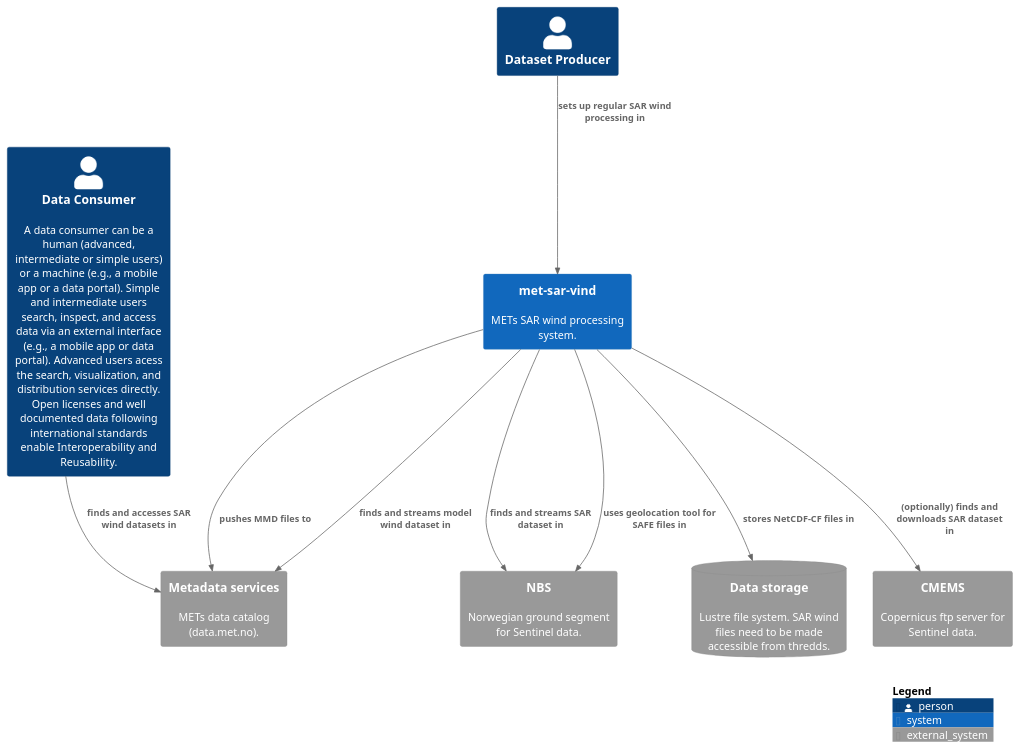
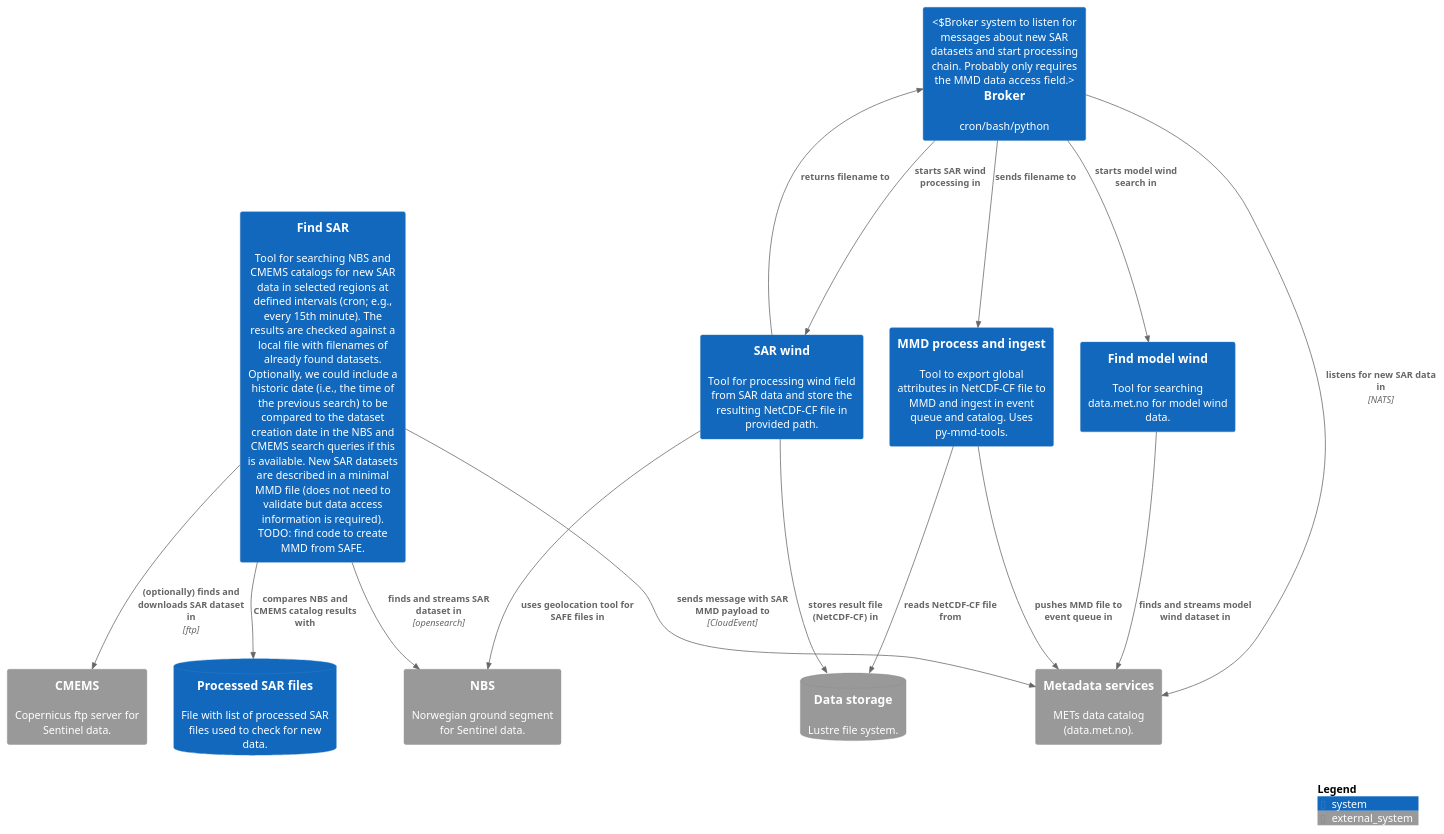
Before and after one commit to metno/py-sar-wind: the diagram in puml/context-diagram.puml, drawn with PlantUML. The commit also changed 9 other files, not shown here.

Commit message:
updated diagrams

```diff
--- a/puml/context-diagram.puml
+++ b/puml/context-diagram.puml
@@ -1,30 +1,47 @@
 @startuml context-diagram
 !include https://raw.githubusercontent.com/plantuml-stdlib/C4-PlantUML/master/C4_Context.puml
 
 LAYOUT_TOP_DOWN()
 'LAYOUT_LEFT_RIGHT()
 
-Person(dataproducer, "Dataset Producer")
-Person(consumers, "Data Consumer", "A data consumer can be a human (advanced, intermediate or simple users) or a machine (e.g., a mobile app or a data portal). Simple and intermediate users search, inspect, and access data via an external interface (e.g., a mobile app or data portal). Advanced users acess the search, visualization, and distribution services directly. Open licenses and well documented data following international standards enable Interoperability and Reusability.")
+System_Ext(nbs, "NBS", "Norwegian ground segment for Sentinel data.")
+System_Ext(cmems, "CMEMS", "Copernicus ftp server for Sentinel data.")
+System_Ext(met, "Metadata services", "METs data catalog (data.met.no).")
+SystemDb_Ext(met_storage, "Data storage", "Lustre file system.")
 
-System_Ext(nbs, "NBS", "Norwegian ground segment for Sentinel data.")
-System_Ext(esa, "CMEMS", "Copernicus ftp server for Sentinel data.")
-System_Ext(met, "Metadata services", "METs data catalog (data.met.no).")
-SystemDb_Ext(met_storage, "Data storage", "Lustre file system. SAR wind files need to be made accessible from thredds.")
-System(sar_proc, "met-sar-vind", "METs SAR wind processing system.")
+System(broker, "Broker", "cron/bash/python", "Broker system to listen for messages about new SAR datasets and start processing chain. Probably only requires the MMD data access field.")
 
-Rel(sar_proc, nbs, "finds and streams SAR dataset in")
-Rel(sar_proc, nbs, "uses geolocation tool for SAFE files in")
-Rel(sar_proc, esa, "(optionally) finds and downloads SAR dataset in")
-Rel(sar_proc, met, "finds and streams model wind dataset in")
+System(findsar, "Find SAR", "Tool for searching NBS and CMEMS catalogs for new SAR data in selected regions at defined intervals (cron; e.g., every 15th minute). The results are checked against a local file with filenames of already found datasets. Optionally, we could include a historic date (i.e., the time of the previous search) to be compared to the dataset creation date in the NBS and CMEMS search queries if this is available. New SAR datasets are described in a minimal MMD file (does not need to validate but data access information is required). TODO: find code to create MMD from SAFE.")
 
-Rel(sar_proc, met, "pushes MMD files to")
-Rel(sar_proc, met_storage, "stores NetCDF-CF files in")
+SystemDb(processed_sar, "Processed SAR files", "File with list of processed SAR files used to check for new data.")
 
-Rel(dataproducer, sar_proc, "sets up regular SAR wind processing in")
+System(findmodel, "Find model wind", "Tool for searching data.met.no for model wind data.")
+System(sarwind, "SAR wind", "Tool for processing wind field from SAR data and store the resulting NetCDF-CF file in provided path.")
+System(nc2mmd, "MMD process and ingest", "Tool to export global attributes in NetCDF-CF file to MMD and ingest in event queue and catalog. Uses py-mmd-tools.")
 
-Rel(consumers, met, "finds and accesses SAR wind datasets in")
+Rel(broker, met, "listens for new SAR data in", "NATS")
+
+Rel(broker, findmodel, "starts model wind search in")
+Rel(broker, sarwind, "starts SAR wind processing in")
+Rel(broker, nc2mmd, "sends filename to")
+
+Rel(sarwind, broker, "returns filename to")
+Rel(sarwind, nbs, "uses geolocation tool for SAFE files in")
+
+Rel(sarwind, met_storage, "stores result file (NetCDF-CF) in")
+
+Rel(nc2mmd, met_storage, "reads NetCDF-CF file from")
+Rel(nc2mmd, met, "pushes MMD file to event queue in")
+
+Rel(findsar, nbs, "finds and streams SAR dataset in", "opensearch")
+Rel(findsar, cmems, "(optionally) finds and downloads SAR dataset in", "ftp")
+Rel(findsar, met, "sends message with SAR MMD payload to", "CloudEvent")
+
+Rel(findsar, processed_sar, "compares NBS and CMEMS catalog results with")
+
+Rel(findmodel, met, "finds and streams model wind dataset in")
+
 
 SHOW_LEGEND()
 
 @enduml
```
